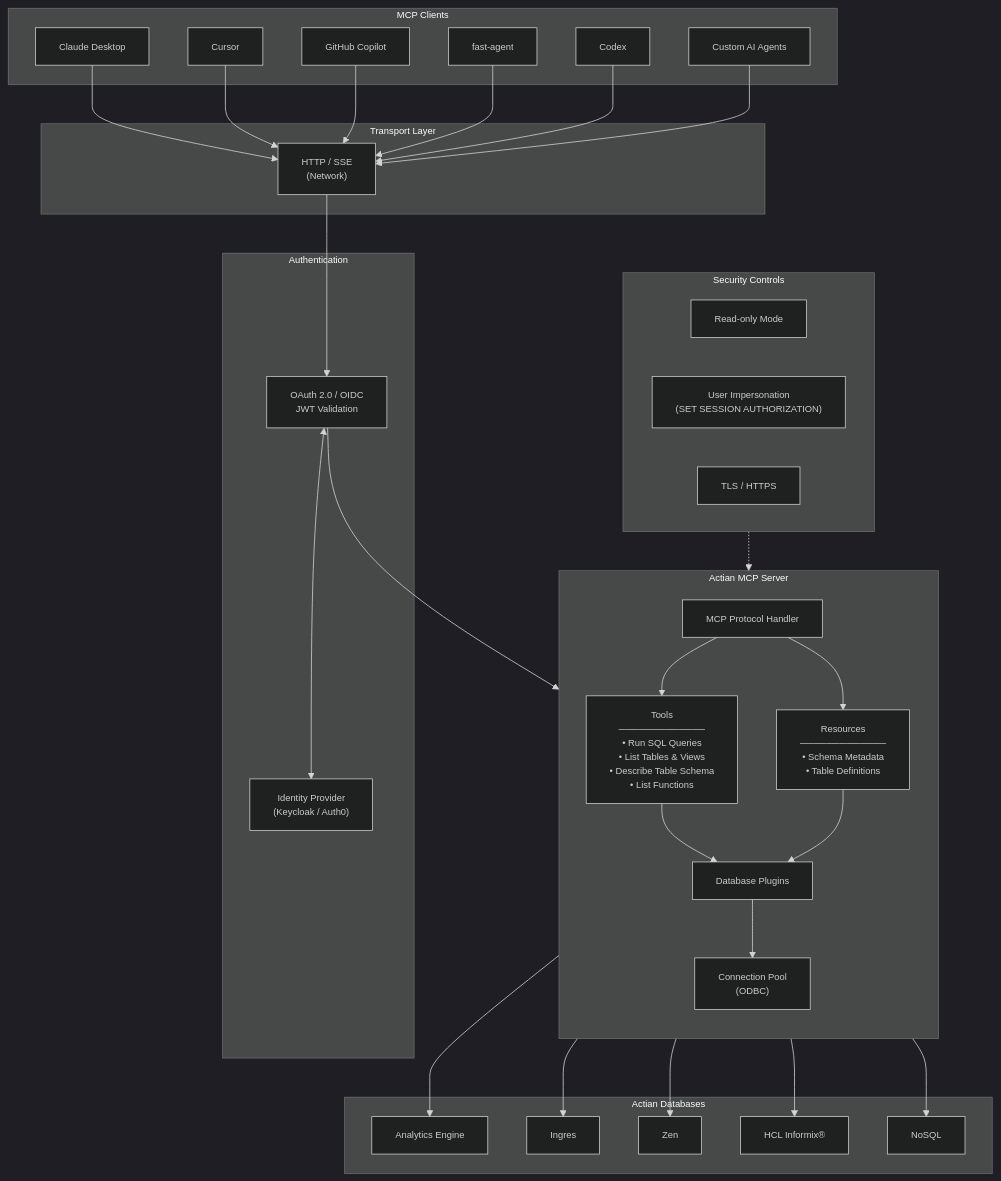
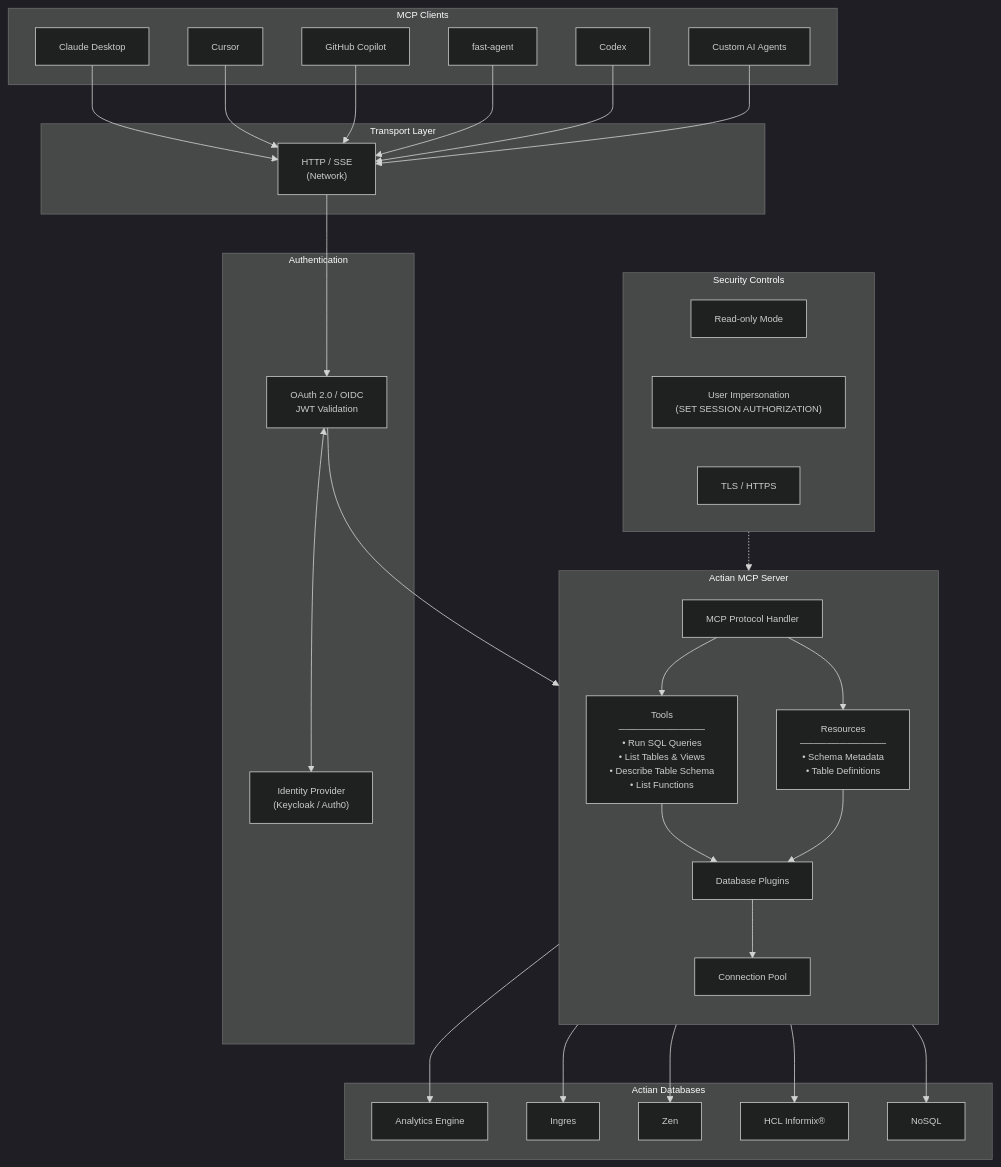
The first of 2 diagrams in docs/intro/index.md (ActianCorp/mcp-server-docs), drawn with Mermaid before and after one commit. The commit also changed other lines of this file and 3 other files, not shown here.

````diff
--- a/docs/intro/index.md
+++ b/docs/intro/index.md
@@ -37,71 +37,70 @@
 ```mermaid
 %%{init: {'theme': 'dark', 'themeVariables': {'fontSize': '12px', 'fontFamily': 'arial'}}}%%
 flowchart TB
     subgraph Clients["MCP Clients"]
         claude["Claude Desktop"]
         cursor["Cursor"]
         copilot["GitHub Copilot"]
         fastagent["fast-agent"]
         codex["Codex"]
         custom["Custom AI Agents"]
     end
 
     subgraph Transport["Transport Layer"]
         http["HTTP / SSE
 (Network)"]
     end
 
     subgraph Auth["Authentication"]
         idp["Identity Provider
 (Keycloak / Auth0)"]
         oauth["OAuth 2.0 / OIDC
 JWT Validation"]
     end
 
     subgraph MCP["Actian MCP Server"]
         direction TB
         core["MCP Protocol Handler"]
         tools["Tools
 ─────────────
 • Run SQL Queries
 • List Tables & Views
 • Describe Table Schema
 • List Functions"]
         resources["Resources
 ─────────────
 • Schema Metadata
 • Table Definitions"]
         plugins["Database Plugins"]
-        pool["Connection Pool
-(ODBC)"]
+        pool["Connection Pool"]
     end
 
     subgraph Databases["Actian Databases"]
         ae["Analytics Engine"]
         ingres["Ingres"]
         zen["Zen"]
         informix["HCL Informix®"]
         nosql["NoSQL"]
     end
 
     subgraph Security["Security Controls"]
         readonly["Read-only Mode"]
         impersonation["User Impersonation
 (SET SESSION AUTHORIZATION)"]
         tls["TLS / HTTPS"]
     end
 
     claude & cursor & copilot & fastagent & codex & custom --> http
 
     http --> oauth
     oauth <--> idp
     oauth --> core
 
     core --> tools & resources
     tools & resources --> plugins
     plugins --> pool
 
     pool --> ae & ingres & zen & informix & nosql
 
     Security -.-> MCP
 ```
````
